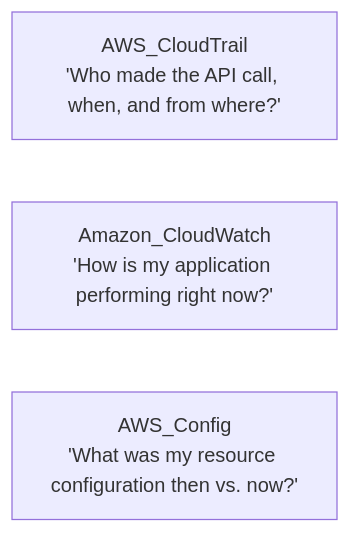
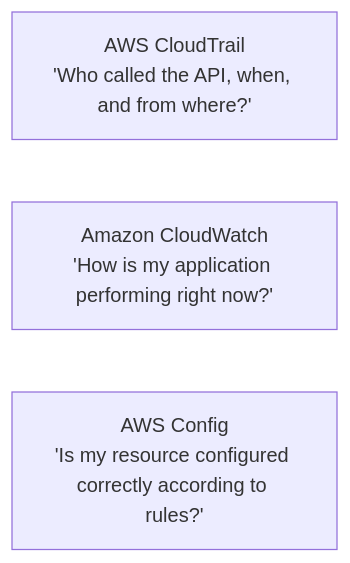
The second of 3 diagrams in Cloud/Practitioner/CLF-C02/06_Explanations/03_Technology_and_Services/Management_and_Observability.md (fakhruldeen/AWS), drawn with Mermaid before and after one commit. The commit also changed other lines of this file and 18 other files, not shown here.

````diff
--- a/Cloud/Practitioner/CLF-C02/06_Explanations/03_Technology_and_Services/Management_and_Observability.md
+++ b/Cloud/Practitioner/CLF-C02/06_Explanations/03_Technology_and_Services/Management_and_Observability.md
@@ -54,6 +71,6 @@
 ```mermaid
 flowchart LR
-    CT["AWS_CloudTrail\n'Who made the API call, when, and from where?'"]
-    CW["Amazon_CloudWatch\n'How is my application performing right now?'"]
-    CFG["AWS_Config\n'What was my resource configuration then vs. now?'"]
+    CT["AWS CloudTrail<br/>'Who called the API, when, and from where?'"]
+    CW["Amazon CloudWatch<br/>'How is my application performing right now?'"]
+    CFG["AWS Config<br/>'Is my resource configured correctly according to rules?'"]
 ```
````
